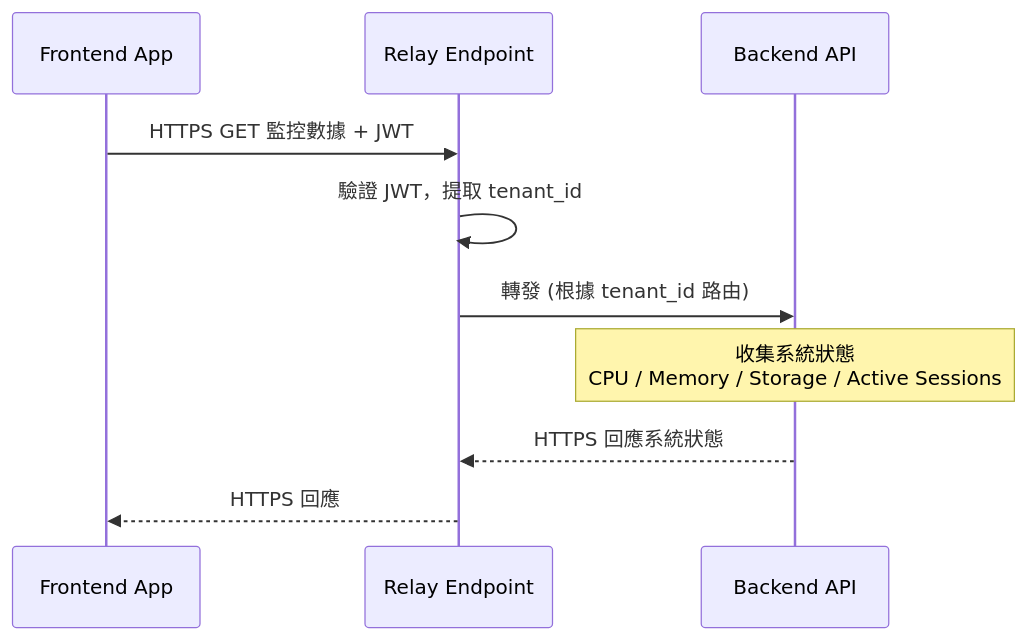
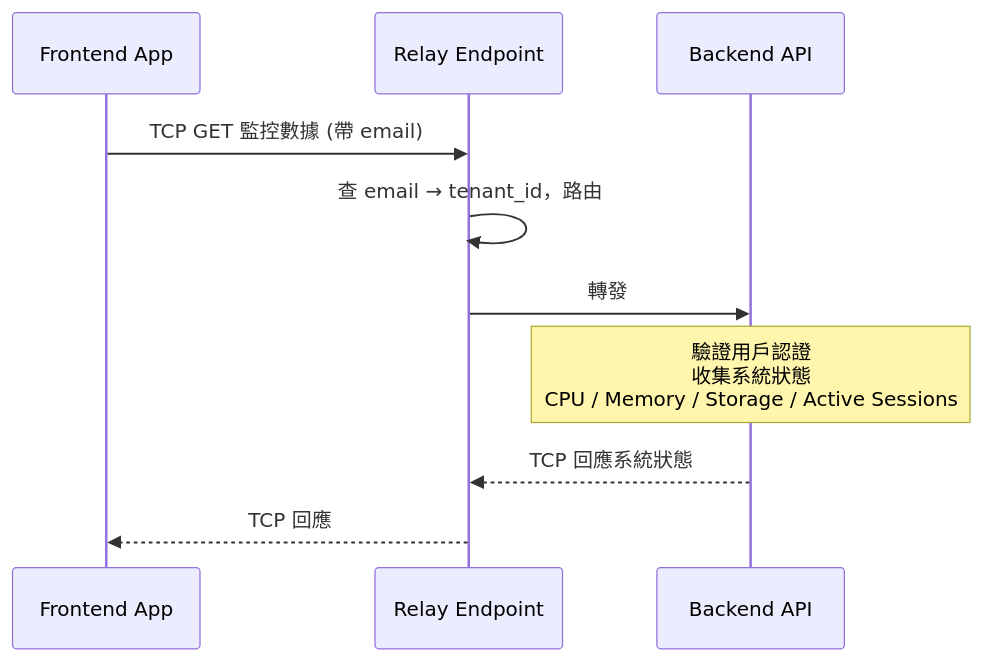
One commit to marychoucool/sentinelDesign changed the third of 4 diagrams in containerDiagram.md. Above: the diagram before and after it, drawn with Mermaid. The commit also changed other lines of this file and 5 other files, not shown here.

````diff
--- a/containerDiagram.md
+++ b/containerDiagram.md
@@ -137,15 +137,15 @@
 ```mermaid
 sequenceDiagram
     participant FE as Frontend App
     participant Relay as Relay Endpoint
     participant API as Backend API
 
-    FE->>Relay: HTTPS GET 監控數據 + JWT
-    Relay->>Relay: 驗證 JWT，提取 tenant_id
-    Relay->>API: 轉發 (根據 tenant_id 路由)
+    FE->>Relay: TCP GET 監控數據 (帶 email)
+    Relay->>Relay: 查 email → tenant_id，路由
+    Relay->>API: 轉發
 
-    Note over API: 收集系統狀態<br/>CPU / Memory / Storage / Active Sessions
+    Note over API: 驗證用戶認證<br/>收集系統狀態<br/>CPU / Memory / Storage / Active Sessions
 
-    API-->>Relay: HTTPS 回應系統狀態
-    Relay-->>FE: HTTPS 回應
+    API-->>Relay: TCP 回應系統狀態
+    Relay-->>FE: TCP 回應
 ```
````
